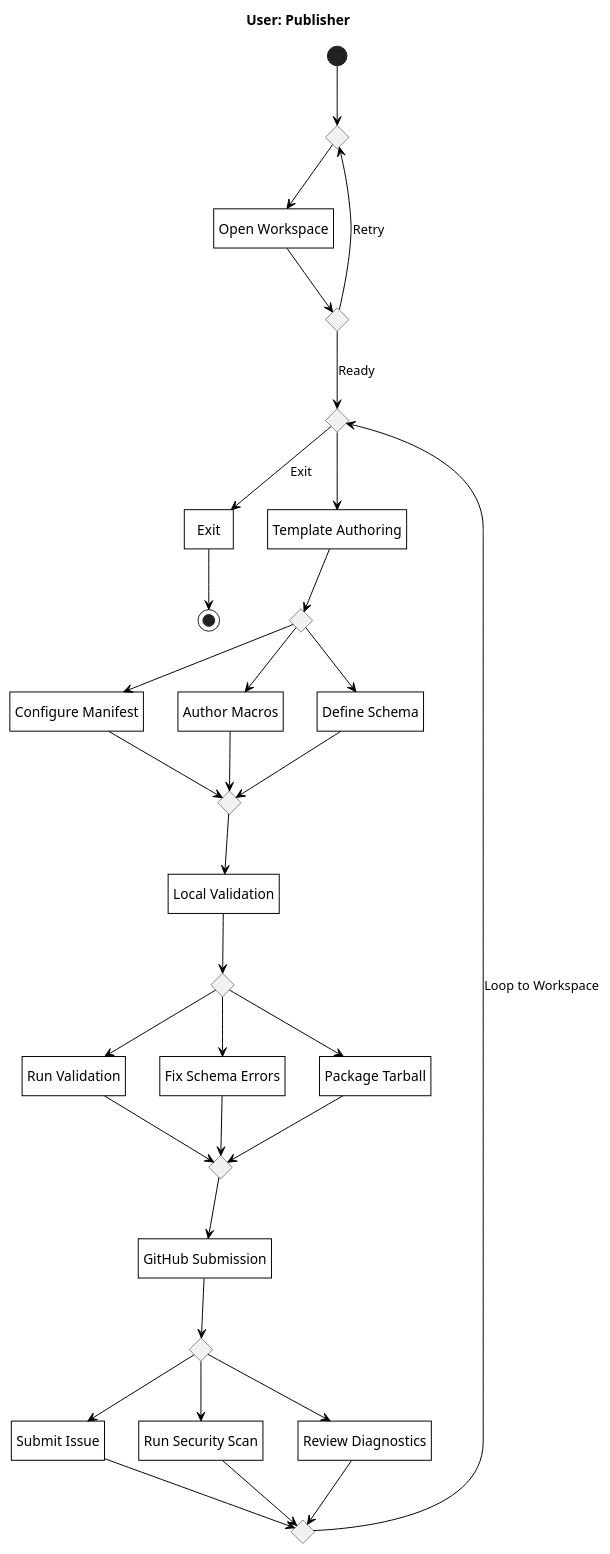
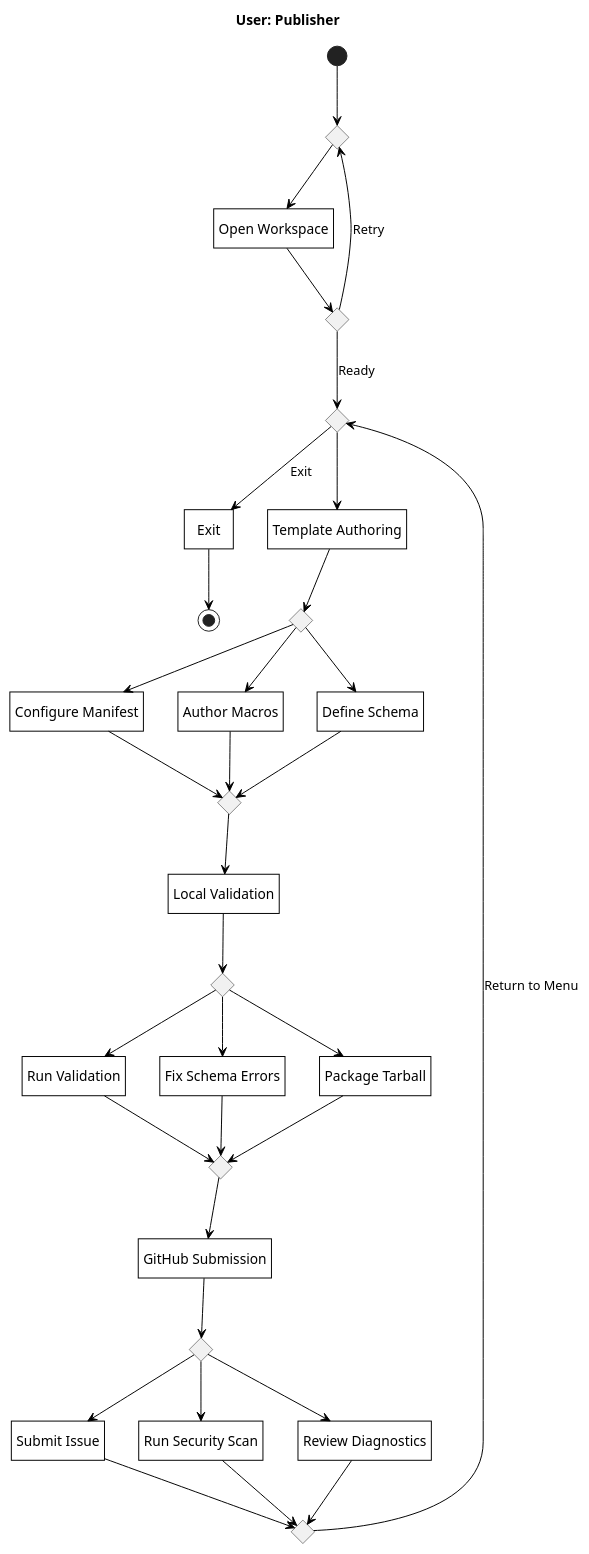
The diagram in diagrams/puml/state-machine/user-publisher.puml (Litho-MD/uet-fyp-docs), drawn with PlantUML before and after one commit. The commit also changed 17 other files, not shown here.

Commit message:
feat(diagrams): update state machine diagrams with diamond loops, clean exits, and monochrome styling

```diff
--- a/diagrams/puml/state-machine/user-publisher.puml
+++ b/diagrams/puml/state-machine/user-publisher.puml
@@ -1,88 +1,88 @@
 @startuml state-user-publisher
 title User: Publisher
 
 hide empty description
 
 skinparam monochrome true
 skinparam backgroundColor white
 skinparam shadowing false
 skinparam defaultTextAlignment center
 skinparam roundCorner 0
 skinparam ArrowColor black
 skinparam defaultFontColor black
 skinparam stateBorderThickness 1
 skinparam state {
     BackgroundColor white
     BorderColor black
     FontColor black
 }
 
 state c_start <<choice>>
 state "Open Workspace" as open_ws
 state c_auth <<choice>>
 state c_menu <<choice>>
 state "Exit" as exit_ws
 
 [*] --> c_start
 c_start --> open_ws
 open_ws --> c_auth
 c_auth --> c_menu : Ready
 c_auth --> c_start : Retry
 
 c_menu --> exit_ws : Exit
 exit_ws --> [*]
 
 ' Section 1: Template Authoring
 state "Template Authoring" as feat1
 state c_f1 <<choice>>
 state "Configure Manifest" as f1_1
 state "Author Macros" as f1_2
 state "Define Schema" as f1_3
 state c_f1_m <<choice>>
 
 c_menu --> feat1
 feat1 --> c_f1
 c_f1 --> f1_1
 c_f1 --> f1_2
 c_f1 --> f1_3
 f1_1 --> c_f1_m
 f1_2 --> c_f1_m
 f1_3 --> c_f1_m
 
 ' Section 2: Local Validation
 state "Local Validation" as feat2
 state c_f2 <<choice>>
 state "Run Validation" as f2_1
 state "Fix Schema Errors" as f2_2
 state "Package Tarball" as f2_3
 state c_f2_m <<choice>>
 
 c_f1_m --> feat2
 feat2 --> c_f2
 c_f2 --> f2_1
 c_f2 --> f2_2
 c_f2 --> f2_3
 f2_1 --> c_f2_m
 f2_2 --> c_f2_m
 f2_3 --> c_f2_m
 
 ' Section 3: GitHub Submission
 state "GitHub Submission" as feat3
 state c_f3 <<choice>>
 state "Submit Issue" as f3_1
 state "Run Security Scan" as f3_2
 state "Review Diagnostics" as f3_3
 state c_f3_m <<choice>>
 
 c_f2_m --> feat3
 feat3 --> c_f3
 c_f3 --> f3_1
 c_f3 --> f3_2
 c_f3 --> f3_3
 f3_1 --> c_f3_m
 f3_2 --> c_f3_m
 f3_3 --> c_f3_m
 
-c_f3_m --> c_menu : Loop to Workspace
+c_f3_m --> c_menu : Return to Menu
 
 @enduml
```
